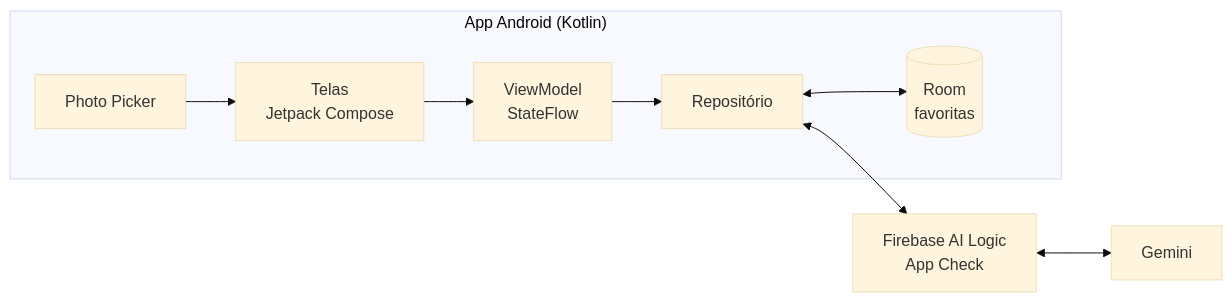
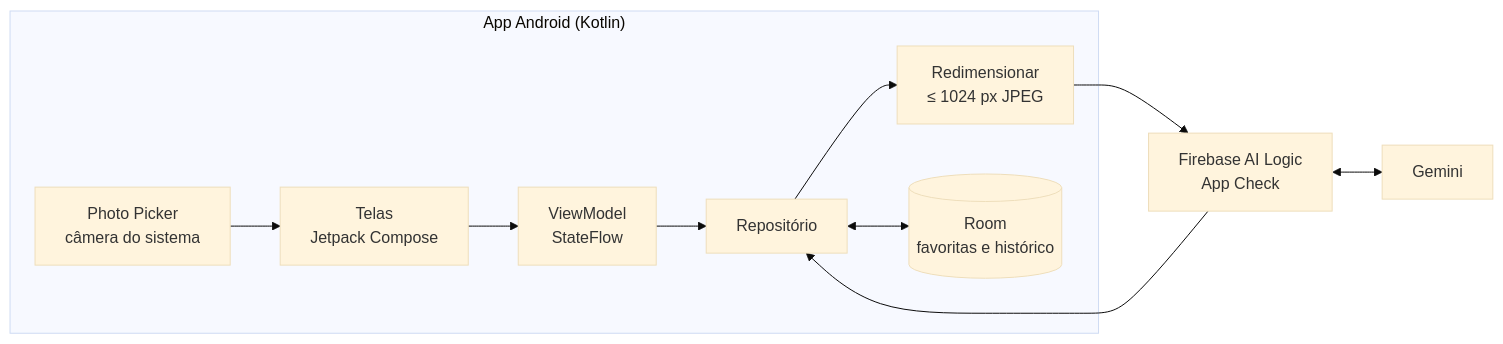
One commit to Miguel1138/visao_computacional_comida changed the diagram in docs/wiki/Arquitetura.md. Above: the diagram before and after it, drawn with Mermaid (base theme). The commit also changed other lines of this file and 11 other files, not shown here.

````diff
--- a/docs/wiki/Arquitetura.md
+++ b/docs/wiki/Arquitetura.md
@@ -18,8 +19,10 @@
 ```mermaid
 flowchart LR
   subgraph App["App Android (Kotlin)"]
-    PP[Photo Picker] --> UI[Telas<br/>Jetpack Compose] --> VM[ViewModel<br/>StateFlow] --> R[Repositório]
-    R <--> DB[(Room<br/>favoritas)]
+    PP[Photo Picker<br/>câmera do sistema] --> UI[Telas<br/>Jetpack Compose] --> VM[ViewModel<br/>StateFlow] --> R[Repositório]
+    R --> IMG[Redimensionar<br/>≤ 1024 px JPEG]
+    R <--> DB[(Room<br/>favoritas e histórico)]
   end
-  R <--> FB[Firebase AI Logic<br/>App Check] <--> G[Gemini]
+  IMG --> FB[Firebase AI Logic<br/>App Check] <--> G[Gemini]
+  FB --> R
 ```
````
